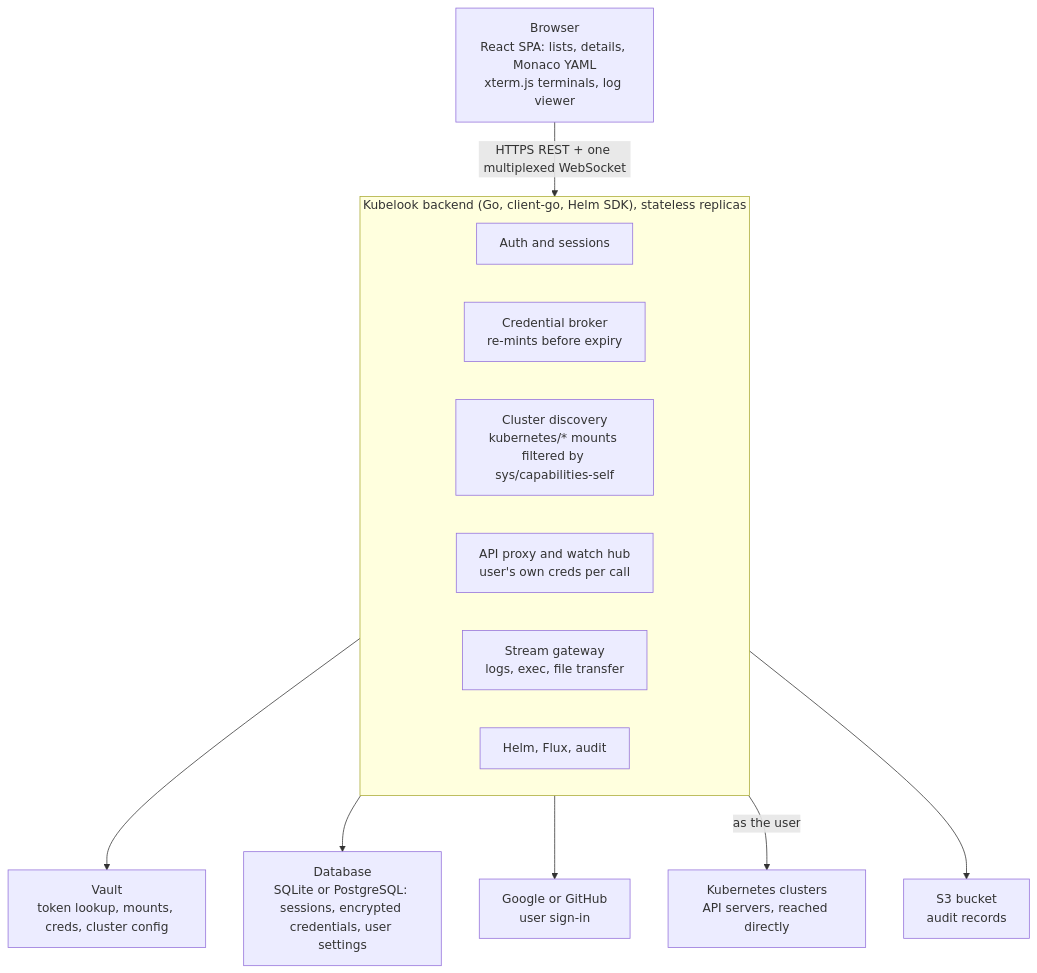
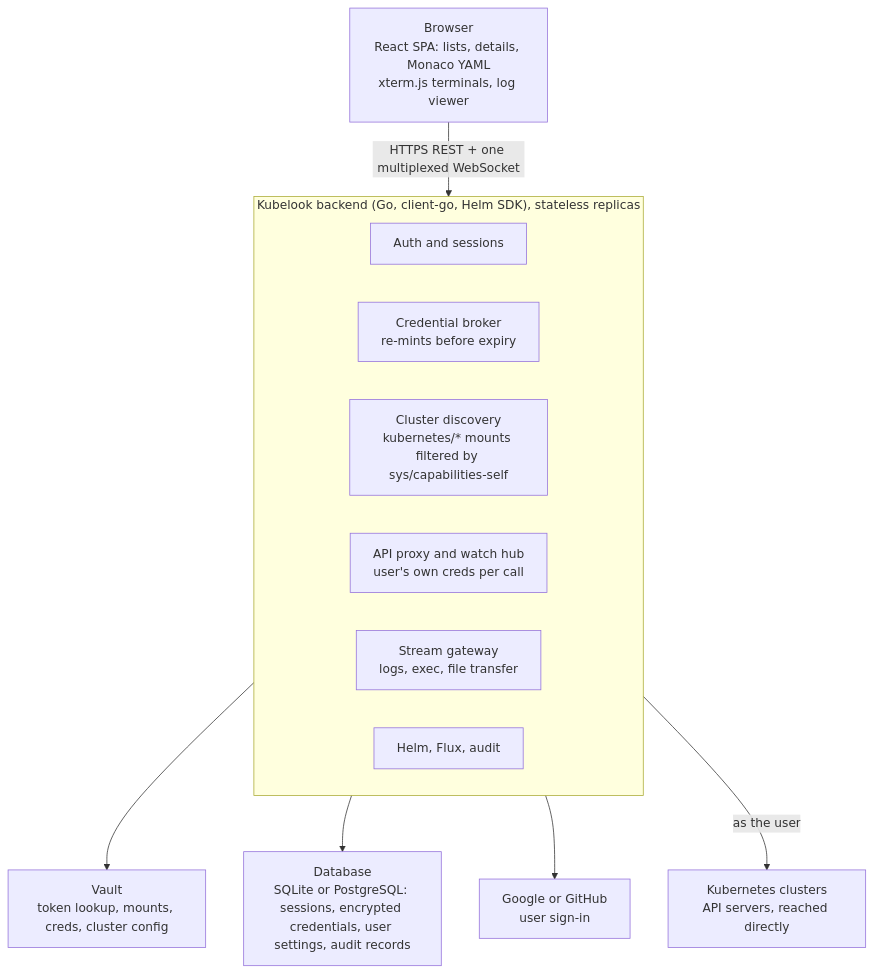
The diagram in docs/spec.md (bdnix/kubelook), drawn with Mermaid before and after one commit. The commit also changed other lines of this file, not shown here.

First line of the commit message:
Store audit records in the database instead of S3

````diff
--- a/docs/spec.md
+++ b/docs/spec.md
@@ -106,23 +106,21 @@
 ```mermaid
 flowchart TB
   browser["Browser<br/>React SPA: lists, details, Monaco YAML<br/>xterm.js terminals, log viewer"]
   subgraph backend["Kubelook backend (Go, client-go, Helm SDK), stateless replicas"]
     auth["Auth and sessions"]
     broker["Credential broker<br/>re-mints before expiry"]
     discovery["Cluster discovery<br/>kubernetes/* mounts filtered by sys/capabilities-self"]
     proxy["API proxy and watch hub<br/>user's own creds per call"]
     streams["Stream gateway<br/>logs, exec, file transfer"]
     ops["Helm, Flux, audit"]
   end
   vault["Vault<br/>token lookup, mounts, creds, cluster config"]
-  store["Database<br/>SQLite or PostgreSQL: sessions, encrypted credentials, user settings"]
+  store["Database<br/>SQLite or PostgreSQL: sessions, encrypted credentials, user settings, audit records"]
   idp["Google or GitHub<br/>user sign-in"]
   clusters["Kubernetes clusters<br/>API servers, reached directly"]
-  s3["S3 bucket<br/>audit records"]
   browser -- "HTTPS REST + one multiplexed WebSocket" --> backend
   backend --> vault
   backend --> store
   backend --> idp
   backend -- "as the user" --> clusters
-  backend --> s3
 ```
````
